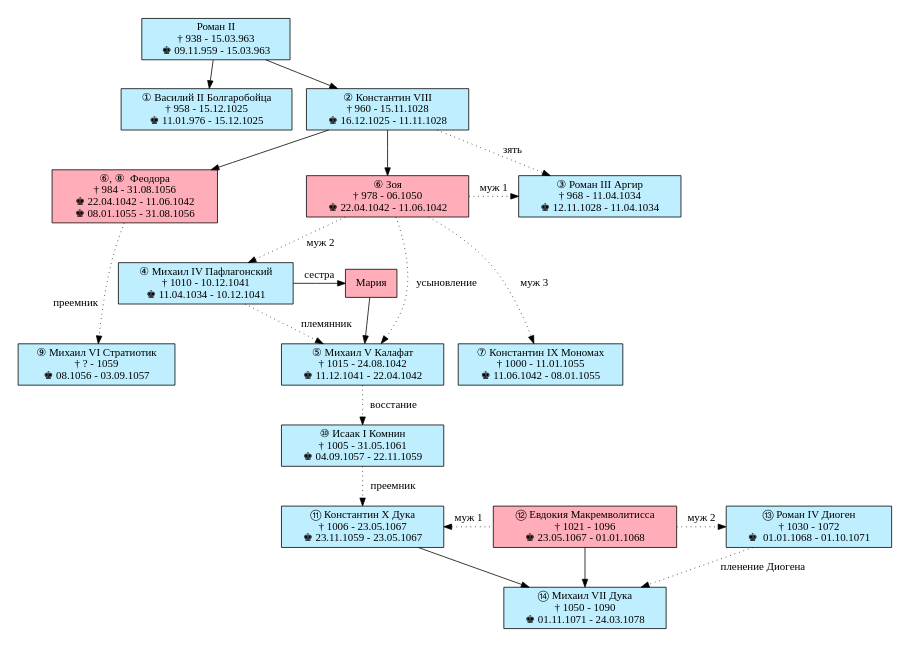
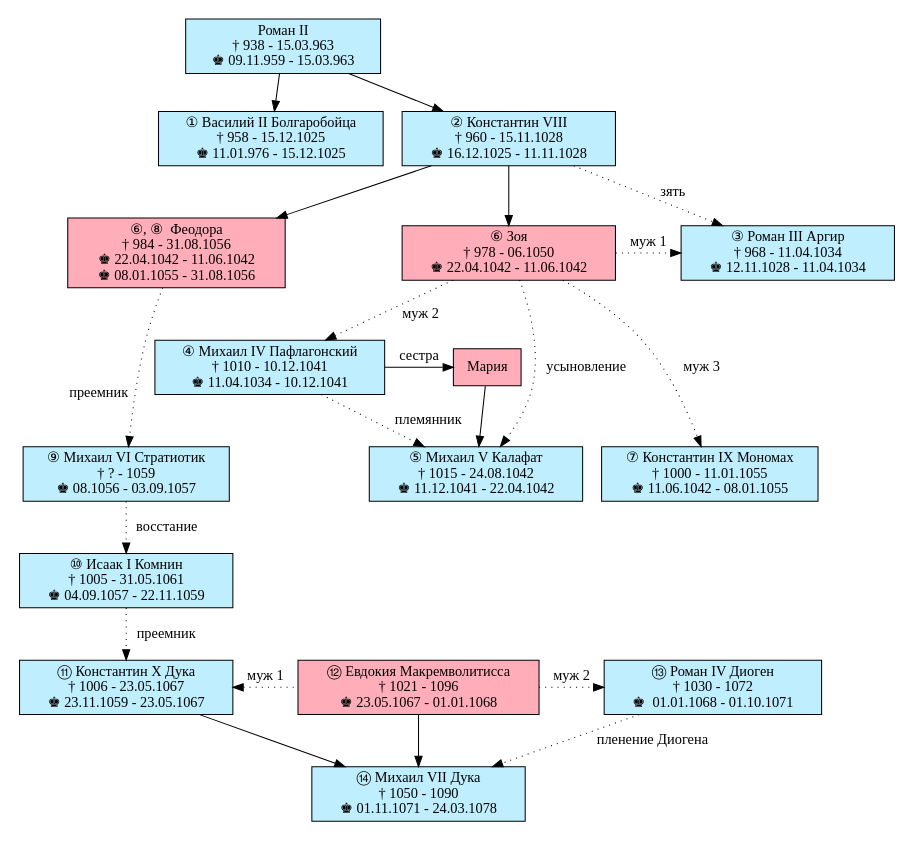
The diagram in graph.gv (vitalyrepin/psellos), drawn with Graphviz before and after one commit. The commit also changed 1 other file, not shown here.

```diff
--- a/graph.gv
+++ b/graph.gv
@@ -1,47 +1,47 @@
 digraph dynasty {
 	size="6,6";
 	node [fillcolor=lightblue1, style=filled, shape=rectangle];
 	{rank = same; maria; mikhiv; }
 	{rank = same; mikhv; konstv; }
 	{rank = same; feodora; zoya; romaniii;}
 	{rank = same; mikhvi; mikhv;}
 	{rank = same; konstx; evdokia; romanx;}
 
 	romanii -> vasilyii
 	romanii -> konstviii
 	konstviii -> feodora
 	konstviii -> zoya
 	zoya -> romaniii [style = dotted, label = "муж 1"]
 	konstviii -> romaniii [style = dotted, label = "зять"]
 	zoya -> mikhiv [style = dotted, label = "муж 2"]
 	mikhiv -> maria [label = "сестра"]
 	mikhiv -> mikhv [style = dotted, label = "племянник"]
 	zoya -> mikhv [style = dotted, label = " усыновление"]
 	maria -> mikhv
 	zoya -> konstv [style = dotted, label = "муж 3"]
 	feodora -> mikhvi [style = "dotted", headlabel = "преемник",labeldistance=6, labelangle=35]
-	mikhv -> isaaki [style = "dotted", label = " восстание"]
+	mikhvi -> isaaki [style = "dotted", label = " восстание"]
 	isaaki -> konstx [style = "dotted", label = " преемник"]
 	konstx -> evdokia [style = "dotted", dir = "back", label = "муж 1"]
 	evdokia -> romanx [style = "dotted", label = "муж 2"]
 	evdokia -> mikhvii
 	konstx -> mikhvii
 	romanx -> mikhvii [style = "dotted", label = "пленение Диогена"]
 
 	romanii [label = "Роман II\n&#8224; 938 - 15.03.963\n&#9818; 09.11.959 - 15.03.963"]
 	vasilyii [label = "&#x2460; Василий II Болгаробойца\n&#8224; 958 - 15.12.1025\n&#9818; 11.01.976 - 15.12.1025"]
 	konstviii [label = "&#x2461; Константин VIII\n&#8224; 960 - 15.11.1028\n&#9818; 16.12.1025 - 11.11.1028"]
 	zoya [label= "&#x2465; Зоя\n&#8224; 978 - 06.1050\n&#9818; 22.04.1042 - 11.06.1042", fillcolor=lightpink1]
 	feodora [label = "&#x2465;, &#x2467;  Феодора\n&#8224; 984 - 31.08.1056\n&#9818; 22.04.1042 - 11.06.1042\n &#9818; 08.01.1055 - 31.08.1056", fillcolor=lightpink1]
 	romaniii [label = "&#x2462; Роман III Аргир\n&#8224; 968 - 11.04.1034\n&#9818; 12.11.1028 - 11.04.1034"]
 	mikhiv [label = "&#x2463; Михаил IV Пафлагонский\n&#8224; 1010 - 10.12.1041\n&#9818; 11.04.1034 - 10.12.1041"]
 	maria [label = "Мария", fillcolor=lightpink1]
 	mikhv [label = "&#x2464; Михаил V Калафат\n&#8224; 1015 - 24.08.1042\n&#9818; 11.12.1041 - 22.04.1042"]
 	konstv [label = "&#x2466; Константин IX Мономах\n&#8224; 1000 - 11.01.1055\n&#9818; 11.06.1042 - 08.01.1055"]
         mikhvi [label = "&#x2468; Михаил VI Стратиотик\n&#8224; ? - 1059\n&#9818; 08.1056 - 03.09.1057"]
 	isaaki [label = "&#x2469; Исаак I Комнин\n&#8224; 1005 - 31.05.1061\n&#9818; 04.09.1057 - 22.11.1059"]
 	konstx [label = "&#x246A; Константин X Дука\n&#8224; 1006 - 23.05.1067\n&#9818; 23.11.1059 - 23.05.1067"]
 	evdokia [label = "&#x246B; Евдокия Макремволитисса\n&#8224; 1021 - 1096\n&#9818; 23.05.1067 - 01.01.1068", fillcolor=lightpink1]
 	romanx [label = "&#x246C; Роман IV Диоген\n&#8224; 1030 - 1072\n&#9818;  01.01.1068 - 01.10.1071"]
 	mikhvii [label = "&#x246D; Михаил VII Дука\n&#8224; 1050 - 1090\n&#9818; 01.11.1071 - 24.03.1078"]
 }
```
